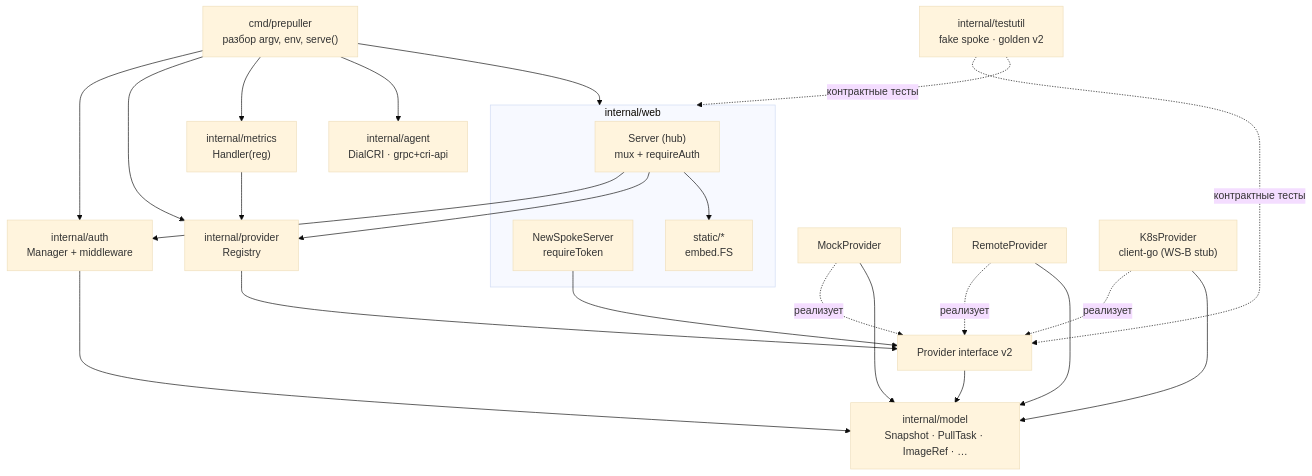
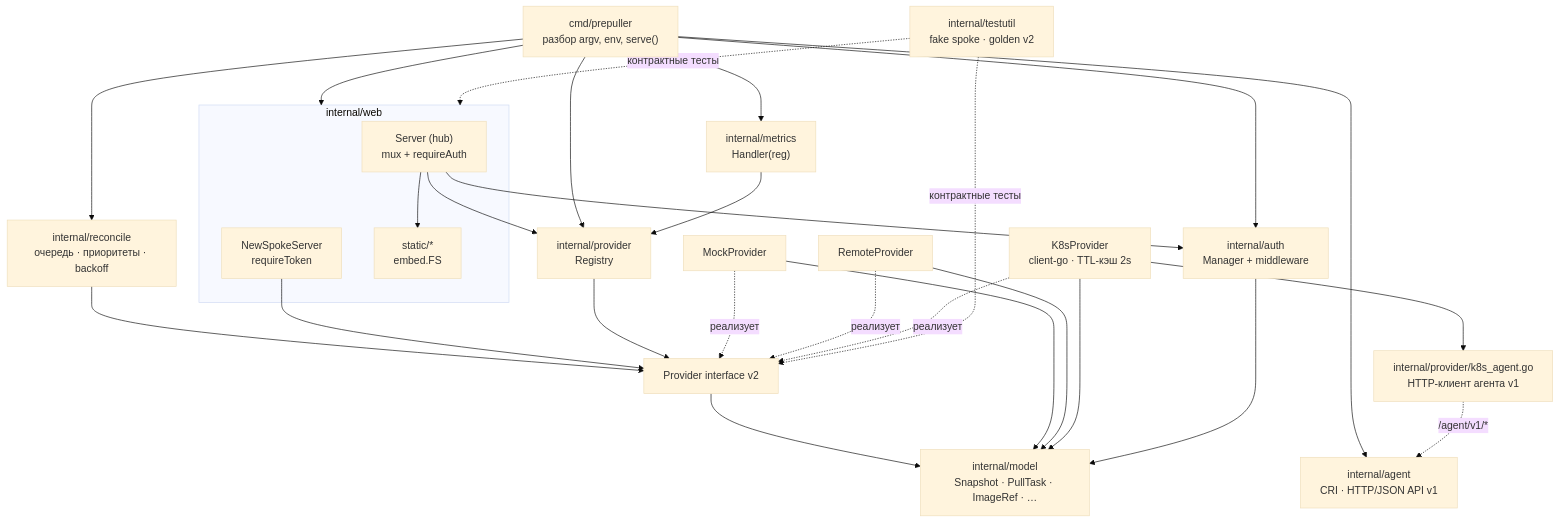
One commit to vasyakrg/image-prepuller changed the second of 11 diagrams in docs/architecture.md. Above: the diagram before and after it, drawn with Mermaid (base theme). The commit also changed other lines of this file and 2 other files, not shown here.

First line of the commit message:
docs: Stage 2/3 integration - agent, K8sProvider, reconciler, metrics, UI

````diff
--- a/docs/architecture.md
+++ b/docs/architecture.md
@@ -64,43 +64,49 @@
 ```mermaid
 flowchart TB
     MAIN["cmd/prepuller<br/>разбор argv, env, serve()"]
 
     subgraph WEB["internal/web"]
         SRV["Server (hub)<br/>mux + requireAuth"]
         SPK["NewSpokeServer<br/>requireToken"]
         ST["static/*<br/>embed.FS"]
     end
 
     AUTH["internal/auth<br/>Manager + middleware"]
     REG["internal/provider<br/>Registry"]
     IFACE["Provider interface v2"]
     MOCK["MockProvider"]
     REM["RemoteProvider"]
-    K8SP["K8sProvider<br/>client-go (WS-B stub)"]
-    AG["internal/agent<br/>DialCRI · grpc+cri-api"]
+    K8SP["K8sProvider<br/>client-go · TTL-кэш 2s"]
+    AGC["internal/provider/k8s_agent.go<br/>HTTP-клиент агента v1"]
+    AG["internal/agent<br/>CRI · HTTP/JSON API v1"]
+    REC["internal/reconcile<br/>очередь · приоритеты · backoff"]
     MET["internal/metrics<br/>Handler(reg)"]
     MODEL["internal/model<br/>Snapshot · PullTask · ImageRef · …"]
     TU["internal/testutil<br/>fake spoke · golden v2"]
 
     MAIN --> WEB
     MAIN --> AUTH
     MAIN --> REG
     MAIN --> MET
     MAIN --> AG
+    MAIN --> REC
+    REC --> IFACE
+    K8SP --> AGC
+    AGC -.->|"/agent/v1/*"| AG
     SRV --> AUTH
     SRV --> REG
     SRV --> ST
     SPK --> IFACE
     REG --> IFACE
     MOCK -.->|реализует| IFACE
     REM -.->|реализует| IFACE
     K8SP -.->|реализует| IFACE
     MET --> REG
     IFACE --> MODEL
     MOCK --> MODEL
     REM --> MODEL
     K8SP --> MODEL
     AUTH --> MODEL
     TU -.->|контрактные тесты| WEB
     TU -.->|контрактные тесты| IFACE
 ```
````
